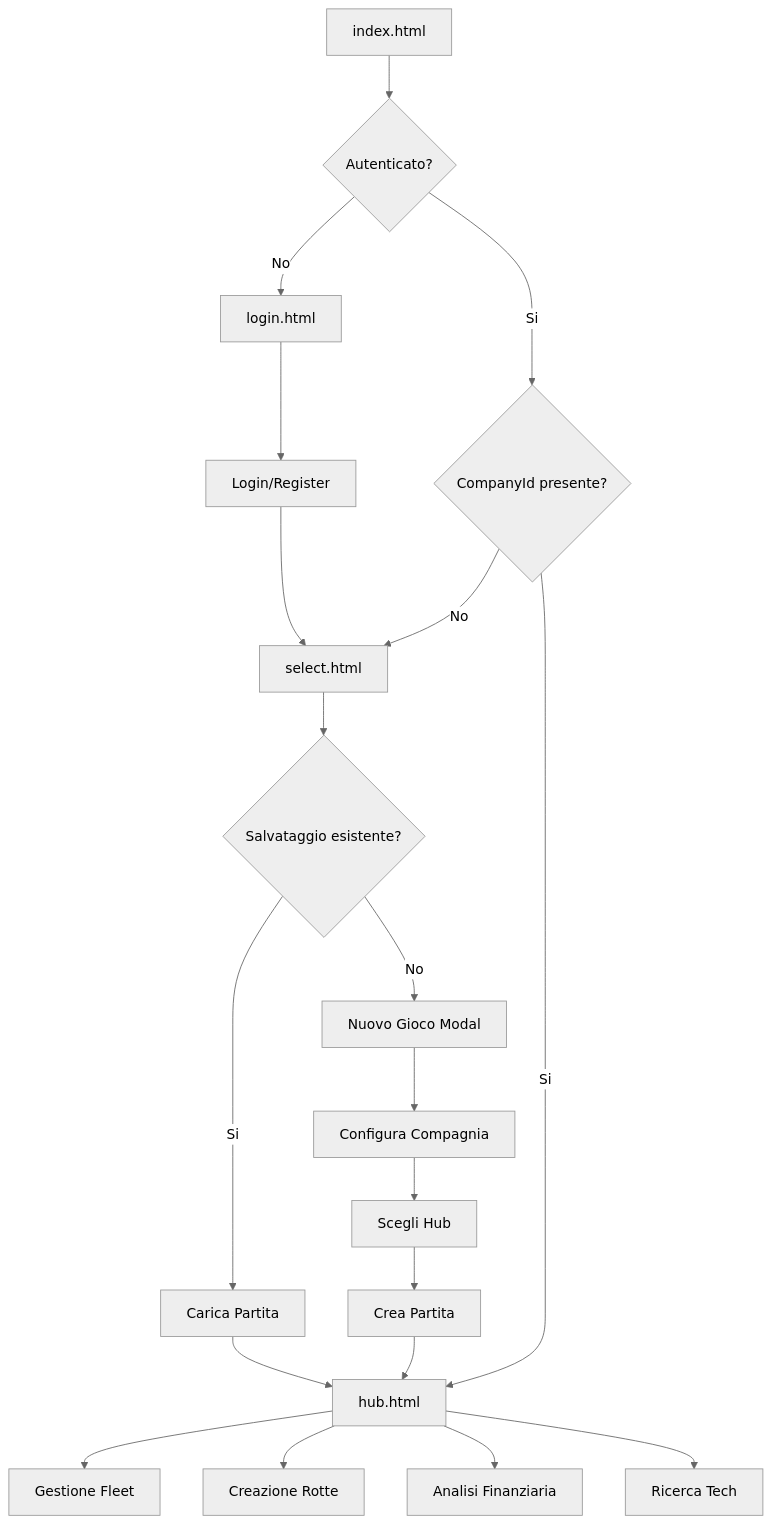
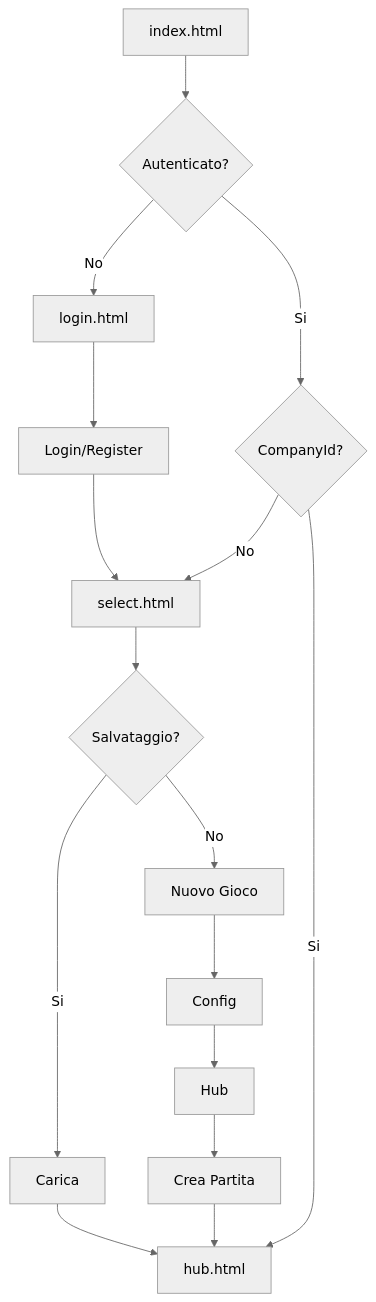
The first of 2 diagrams in PAGES_GUIDE.md (filippogrande/Air-tycoon), drawn with Mermaid (neutral theme) before and after one commit. The commit also changed other lines of this file, not shown here.

````diff
--- a/PAGES_GUIDE.md
+++ b/PAGES_GUIDE.md
@@ -316,28 +118,12 @@
 ```mermaid
 graph TD
     A[index.html] --> B{Autenticato?}
     B -->|No| C[login.html]
-    B -->|Si| D{CompanyId presente?}
-
-    C --> E[Login/Register]
-    E --> F[select.html]
-
+    B -->|Si| D{CompanyId?}
+    C --> E[Login/Register] --> F[select.html]
     D -->|No| F
     D -->|Si| G[hub.html]
-
-    F --> H{Salvataggio esistente?}
-    H -->|Si| I[Carica Partita]
-    H -->|No| J[Nuovo Gioco Modal]
-
-    J --> K[Configura Compagnia]
-    K --> L[Scegli Hub]
-    L --> M[Crea Partita]
-
-    I --> G
-    M --> G
-
-    G --> N[Gestione Fleet]
-    G --> O[Creazione Rotte]
-    G --> P[Analisi Finanziaria]
-    G --> Q[Ricerca Tech]
+    F --> H{Salvataggio?}
+    H -->|Si| I[Carica] --> G
+    H -->|No| J[Nuovo Gioco] --> K[Config] --> L[Hub] --> M[Crea Partita] --> G
 ```
````
